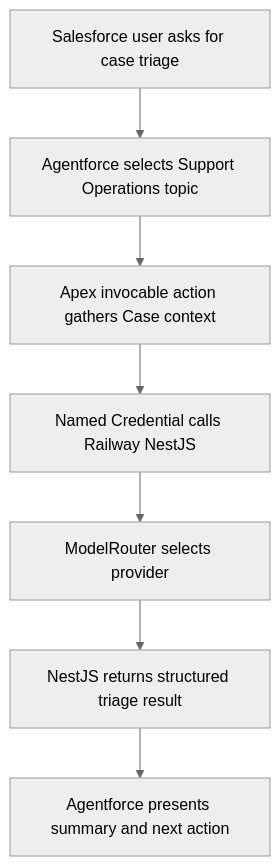
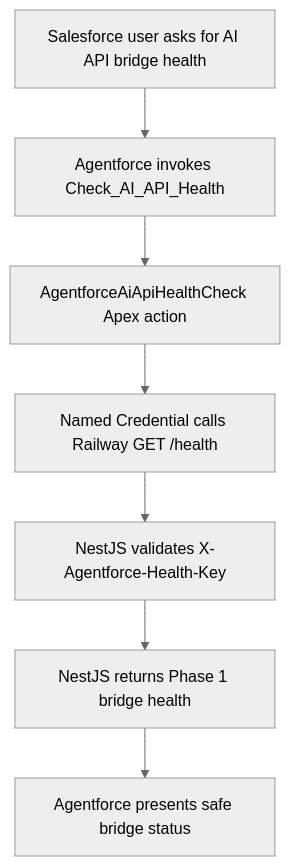
The diagram in docs/agents/support-operations.md (hytechpro-keshav/AgentForce), drawn with Mermaid before and after one commit. The commit also changed other lines of this file and 48 other files, not shown here.

Commit message:
Add Phase 1 AI API health bridge

````diff
--- a/docs/agents/support-operations.md
+++ b/docs/agents/support-operations.md
@@ -9,10 +9,10 @@
 ```mermaid
 %%{init: {'theme':'neutral'}}%%
 graph TD
-    A[Salesforce user asks for case triage] --> B[Agentforce selects Support Operations topic]
-    B --> C[Apex invocable action gathers Case context]
-    C --> D[Named Credential calls Railway NestJS]
-    D --> E[ModelRouter selects provider]
-    E --> F[NestJS returns structured triage result]
-    F --> G[Agentforce presents summary and next action]
+    A[Salesforce user asks for AI API bridge health] --> B[Agentforce invokes Check_AI_API_Health]
+    B --> C[AgentforceAiApiHealthCheck Apex action]
+    C --> D[Named Credential calls Railway GET /health]
+    D --> E[NestJS validates X-Agentforce-Health-Key]
+    E --> F[NestJS returns Phase 1 bridge health]
+    F --> G[Agentforce presents safe bridge status]
 ```
````
